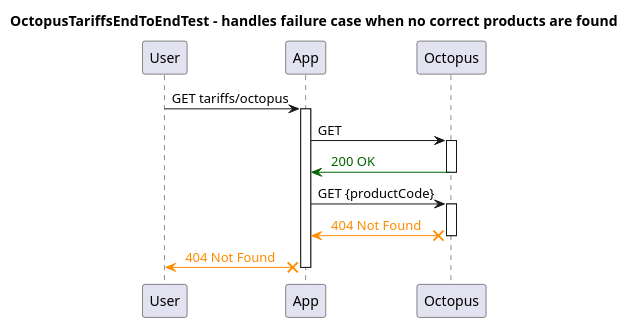
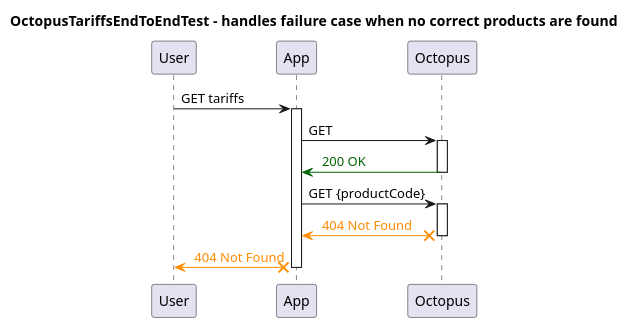
One commit to JamesWheadon/Carbon-Intensity changed the diagram in WebApp/sequences/OctopusTariffsEndToEndTest - handles failure case when no correct products are found - Sequence.puml. Above: the diagram before and after it, drawn with PlantUML. The commit also changed 5 other files, not shown here.

```diff
--- a/WebApp/sequences/OctopusTariffsEndToEndTest - handles failure case when no correct products are found - Sequence.puml
+++ b/WebApp/sequences/OctopusTariffsEndToEndTest - handles failure case when no correct products are found - Sequence.puml
@@ -1,20 +1,20 @@
 @startuml
 title OctopusTariffsEndToEndTest - handles failure case when no correct products are found
 participant "User"
 participant "App"
 participant "Octopus"
-"User" -> "App": GET tariffs/octopus
+"User" -> "App": GET tariffs
 activate "App"
 "App" -> "Octopus": GET 
 activate "Octopus"
 
 "Octopus" -[#DarkGreen]> "App": <color:DarkGreen> 200 OK
 deactivate "Octopus"
 "App" -> "Octopus": GET {productCode}
 activate "Octopus"
 
 "Octopus" X-[#DarkOrange]> "App": <color:DarkOrange> 404 Not Found
 deactivate "Octopus"
 "App" X-[#DarkOrange]> "User": <color:DarkOrange> 404 Not Found
 deactivate "App"
 @enduml
```
